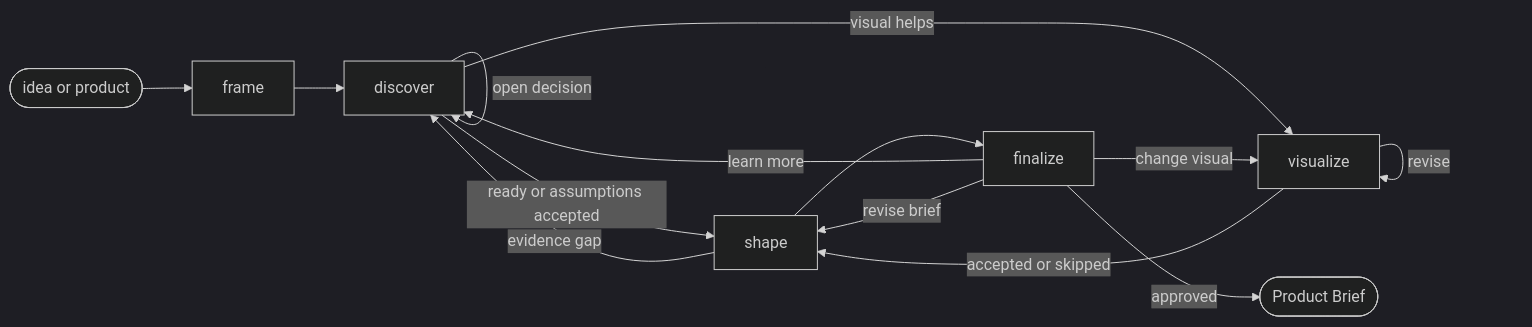
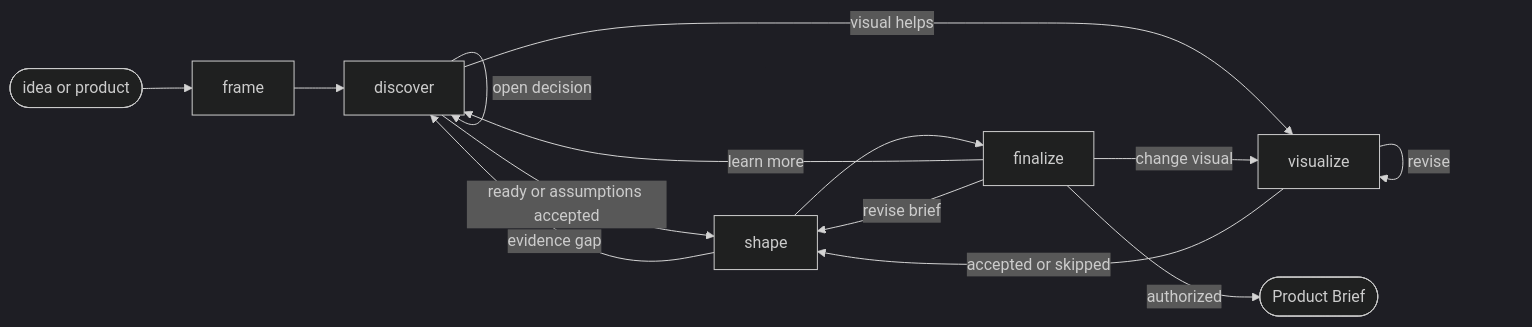
The diagram in plugins/aidd-pm/skills/06-product-brief/SKILL.md (ai-driven-dev/aidd-framework), drawn with Mermaid (dark theme) before and after one commit. The commit also changed other lines of this file and 92 other files, not shown here.

````diff
--- a/plugins/aidd-pm/skills/06-product-brief/SKILL.md
+++ b/plugins/aidd-pm/skills/06-product-brief/SKILL.md
@@ -9,16 +9,16 @@
 ```mermaid
 flowchart LR
   start([idea or product]) --> frame
   frame --> discover
   discover -->|"open decision"| discover
   discover -->|"ready or assumptions accepted"| shape
   discover -->|"visual helps"| visualize
   visualize -->|"revise"| visualize
   visualize -->|"accepted or skipped"| shape
   shape -->|"evidence gap"| discover
   shape --> finalize
   finalize -->|"learn more"| discover
   finalize -->|"change visual"| visualize
   finalize -->|"revise brief"| shape
-  finalize -->|"approved"| done([Product Brief])
+  finalize -->|"authorized"| done([Product Brief])
 ```
````
